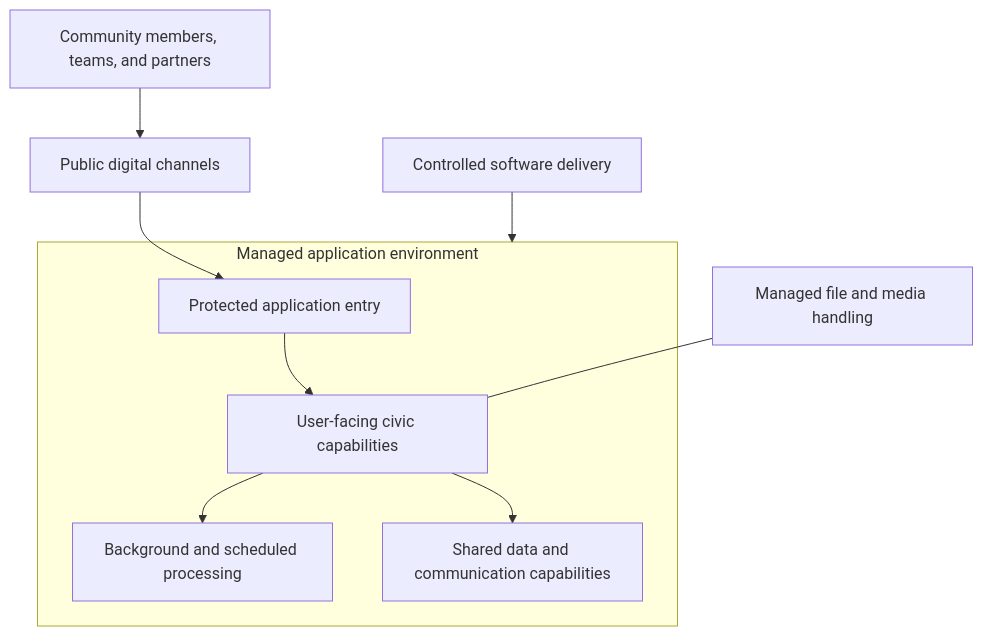
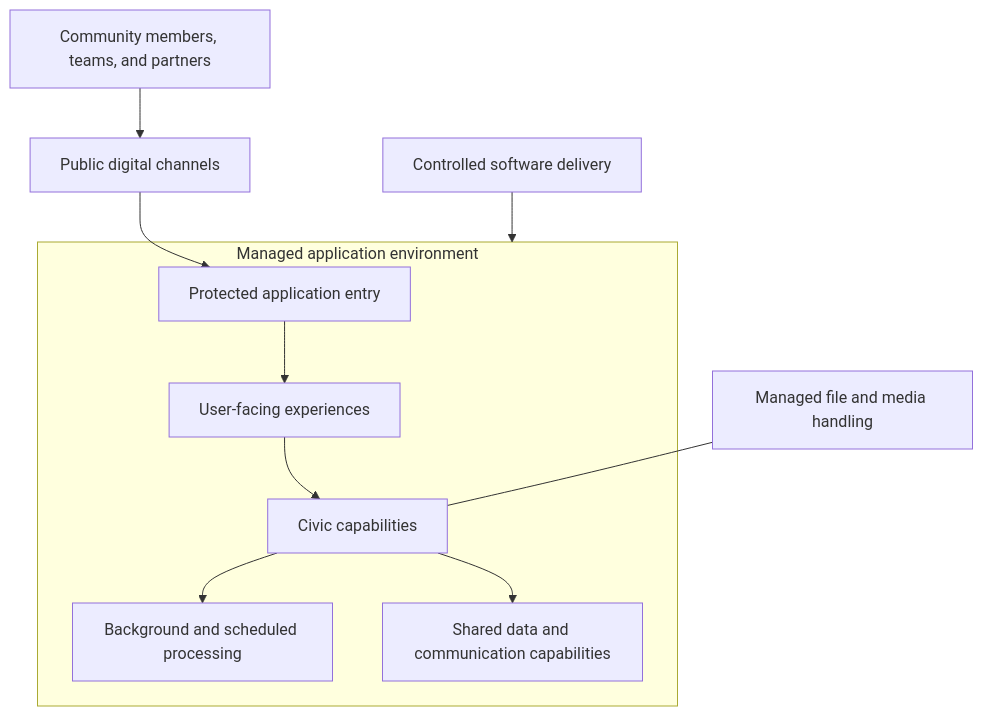
Before and after one commit to nammuru2026-vishnu/Nammuru.org: the fifth of 6 diagrams in nammuru_solution_architecture.md, drawn with Mermaid. The commit also changed other lines of this file, not shown here.

Commit message:
Add public-safe Mermaid system design and deployment architecture diagrams

````diff
--- a/nammuru_solution_architecture.md
+++ b/nammuru_solution_architecture.md
@@ -98,14 +134,15 @@
 ```mermaid
 flowchart TB
     USERS[Community members, teams, and partners] --> CHANNELS[Public digital channels]
     CHANNELS --> ENTRY[Protected application entry]
 
     subgraph APP[Managed application environment]
-        ENTRY --> SERVICES[User-facing civic capabilities]
+        ENTRY --> EXPERIENCE[User-facing experiences]
+        EXPERIENCE --> SERVICES[Civic capabilities]
         SERVICES --> WORK[Background and scheduled processing]
         SERVICES --> SHARED[Shared data and communication capabilities]
     end
 
     FILES[Managed file and media handling] --- SERVICES
     DELIVERY[Controlled software delivery] --> APP
 ```
````
